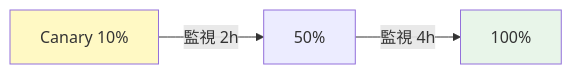
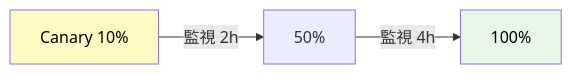
The third of 3 diagrams in docs/case-studies/評価駆動で-llm-機能をゼロから作った-5-日間の流れ.md (dinekt/dinekt-wiki), drawn with Mermaid before and after one commit. The commit also changed other lines of this file and 71 other files, not shown here.

First line of the commit message:
fix: mermaid readability + remove GitHub repo toolbar

````diff
--- a/docs/case-studies/評価駆動で-llm-機能をゼロから作った-5-日間の流れ.md
+++ b/docs/case-studies/評価駆動で-llm-機能をゼロから作った-5-日間の流れ.md
@@ -124,8 +124,8 @@
 ```mermaid
 flowchart LR
     C[Canary 10%] -->|監視 2h| C2[50%]
     C2 -->|監視 4h| F[100%]
 
-    style C fill:#fff9c4
-    style F fill:#e8f5e9
+    style C fill:#fff9c4,color:#000
+    style F fill:#e8f5e9,color:#000
 ```
````
